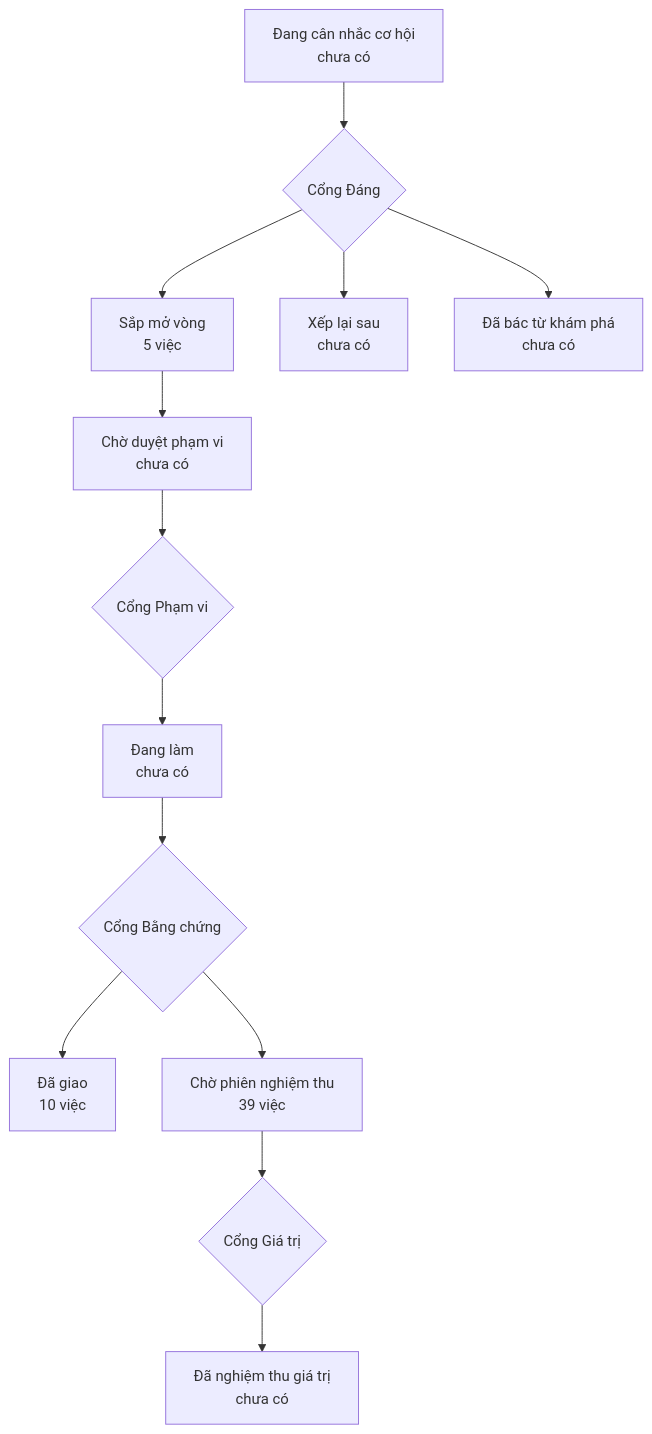
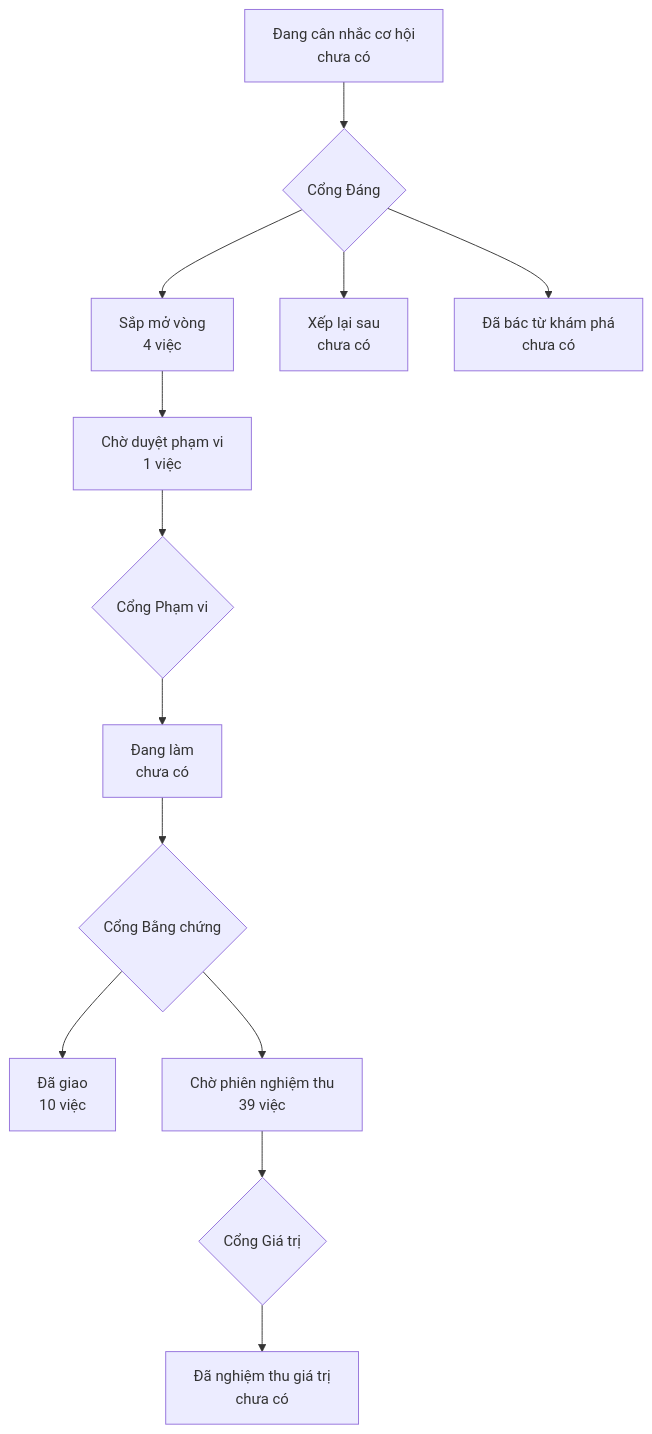
One commit to phanlemanh/onehub-quy-hang changed the diagram in PRODUCT-MAP.md. Above: the diagram before and after it, drawn with Mermaid. The commit also changed other lines of this file and 12 other files, not shown here.

Commit message:
docs(thong-bao-lead): thiết kế, hợp đồng, bài chấm, phản biện, hình, thẻ Cổng Phạm vi (hàng 26)

````diff
--- a/PRODUCT-MAP.md
+++ b/PRODUCT-MAP.md
@@ -7,12 +7,12 @@
 ```mermaid
 flowchart TD
   A["Đang cân nhắc cơ hội<br/>chưa có"] --> GD{"Cổng Đáng"}
-  GD --> B["Sắp mở vòng<br/>5 việc"]
+  GD --> B["Sắp mở vòng<br/>4 việc"]
   GD --> XL["Xếp lại sau<br/>chưa có"]
   GD --> DB["Đã bác từ khám phá<br/>chưa có"]
-  B --> CD["Chờ duyệt phạm vi<br/>chưa có"] --> GP{"Cổng Phạm vi"}
+  B --> CD["Chờ duyệt phạm vi<br/>1 việc"] --> GP{"Cổng Phạm vi"}
   GP --> DL["Đang làm<br/>chưa có"] --> GB{"Cổng Bằng chứng"}
   GB --> DG["Đã giao<br/>10 việc"]
   GB --> CN["Chờ phiên nghiệm thu<br/>39 việc"] --> GG{"Cổng Giá trị"}
   GG --> NT["Đã nghiệm thu giá trị<br/>chưa có"]
 ```
````
